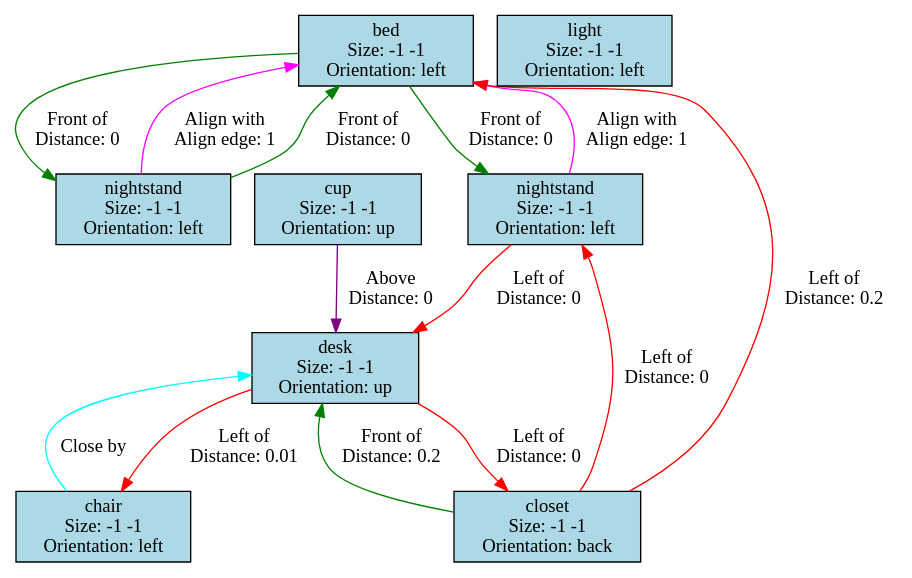
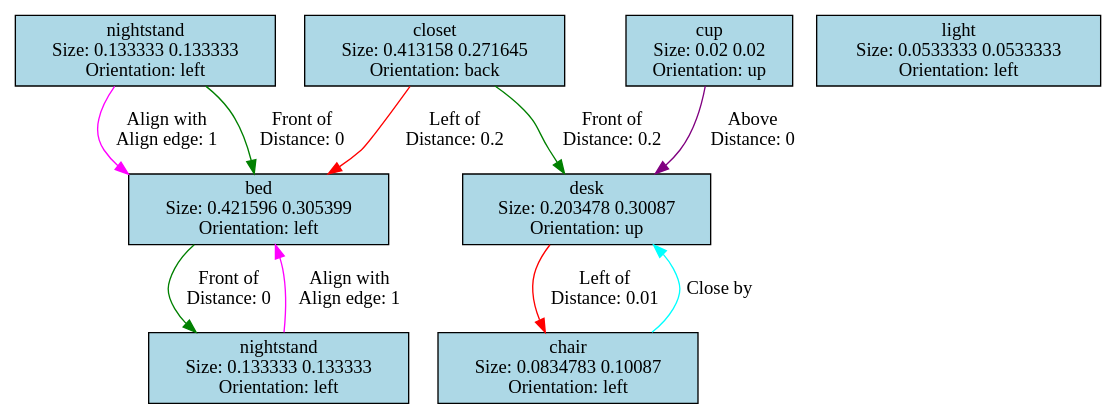
Before and after one commit to iambrc/AutoHomePlan: the diagram in Assets/SceneGraph/graph_out.dot, drawn with Graphviz. The commit also changed 8 other files, not shown here.

```diff
--- a/Assets/SceneGraph/graph_out.dot
+++ b/Assets/SceneGraph/graph_out.dot
@@ -1,23 +1,19 @@
 digraph G {
-0[label="bed\nSize: -1 -1\nOrientation: left", shape=rect, style=filled, fillcolor="lightblue", width=0.1, height=0.1];
-1[label="nightstand\nSize: -1 -1\nOrientation: left", shape=rect, style=filled, fillcolor="lightblue", width=0.1, height=0.1];
-2[label="nightstand\nSize: -1 -1\nOrientation: left", shape=rect, style=filled, fillcolor="lightblue", width=0.1, height=0.1];
-3[label="closet\nSize: -1 -1\nOrientation: back", shape=rect, style=filled, fillcolor="lightblue", width=0.1, height=0.1];
-4[label="desk\nSize: -1 -1\nOrientation: up", shape=rect, style=filled, fillcolor="lightblue", width=0.1, height=0.1];
-5[label="chair\nSize: -1 -1\nOrientation: left", shape=rect, style=filled, fillcolor="lightblue", width=0.1, height=0.1];
-6[label="light\nSize: -1 -1\nOrientation: left", shape=rect, style=filled, fillcolor="lightblue", width=0.1, height=0.1];
-7[label="cup\nSize: -1 -1\nOrientation: up", shape=rect, style=filled, fillcolor="lightblue", width=0.1, height=0.1];
-0->1 [label="Front of\nDistance: 0\n", color="green"];
+0[label="bed\nSize: 0.421596 0.305399\nOrientation: left", shape=rect, style=filled, fillcolor="lightblue", width=0.421596, height=0.305399];
+1[label="nightstand\nSize: 0.133333 0.133333\nOrientation: left", shape=rect, style=filled, fillcolor="lightblue", width=0.133333, height=0.133333];
+2[label="nightstand\nSize: 0.133333 0.133333\nOrientation: left", shape=rect, style=filled, fillcolor="lightblue", width=0.133333, height=0.133333];
+3[label="closet\nSize: 0.413158 0.271645\nOrientation: back", shape=rect, style=filled, fillcolor="lightblue", width=0.413158, height=0.271645];
+4[label="desk\nSize: 0.203478 0.30087\nOrientation: up", shape=rect, style=filled, fillcolor="lightblue", width=0.203478, height=0.30087];
+5[label="chair\nSize: 0.0834783 0.10087\nOrientation: left", shape=rect, style=filled, fillcolor="lightblue", width=0.0834783, height=0.10087];
+6[label="light\nSize: 0.0533333 0.0533333\nOrientation: left", shape=rect, style=filled, fillcolor="lightblue", width=0.0533333, height=0.0533333];
+7[label="cup\nSize: 0.02 0.02\nOrientation: up", shape=rect, style=filled, fillcolor="lightblue", width=0.02, height=0.02];
 0->2 [label="Front of\nDistance: 0\n", color="green"];
 1->0 [label="Align with\nAlign edge: 1\n", color="magenta"];
 1->0 [label="Front of\nDistance: 0\n", color="green"];
 2->0 [label="Align with\nAlign edge: 1\n", color="magenta"];
-2->4 [label="Left of\nDistance: 0\n", color="red"];
 3->0 [label="Left of\nDistance: 0.2\n", color="red"];
-3->2 [label="Left of\nDistance: 0\n", color="red"];
 3->4 [label="Front of\nDistance: 0.2\n", color="green"];
-4->3 [label="Left of\nDistance: 0\n", color="red"];
 4->5 [label="Left of\nDistance: 0.01\n", color="red"];
 5->4 [label="Close by\n", color="cyan"];
 7->4 [label="Above\nDistance: 0\n", color="purple"];
 }
```
